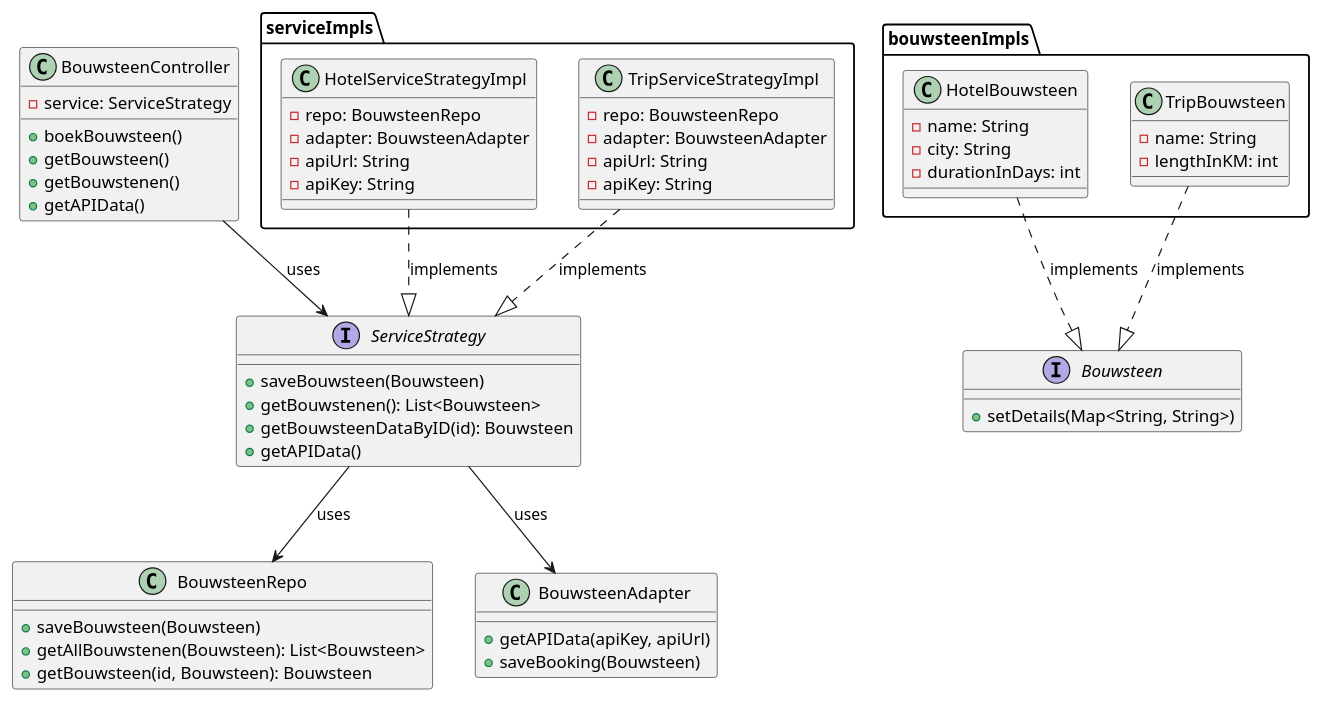
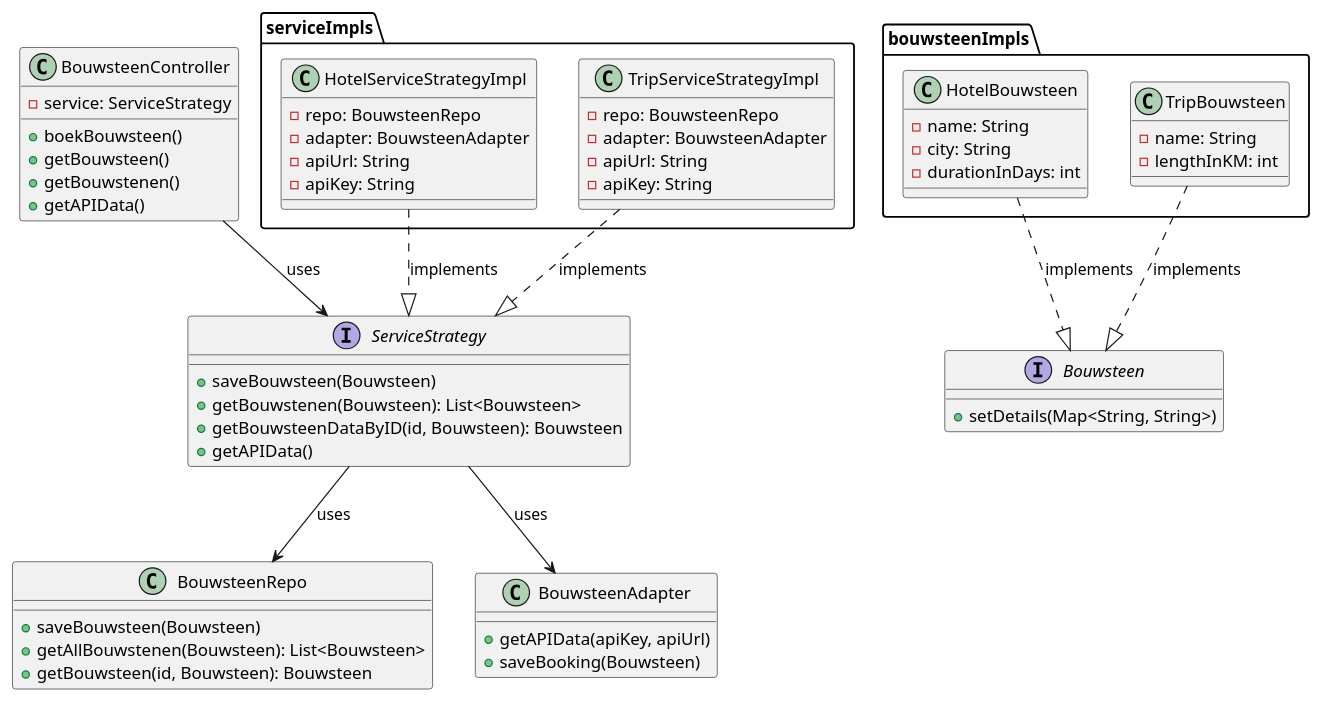
The diagram in Mike/Week3/Les 2 - Class diagram + uitwerken prototype/Class diagram 2.puml (AIM-ENE-feb25/triptop-dravende-dikdiks), drawn with PlantUML before and after one commit. The commit also changed 3 other files, not shown here.

```diff
--- a/Mike/Week3/Les 2 - Class diagram + uitwerken prototype/Class diagram 2.puml
+++ b/Mike/Week3/Les 2 - Class diagram + uitwerken prototype/Class diagram 2.puml
@@ -1,80 +1,80 @@
 @startuml
 
 class BouwsteenController{
     - service: ServiceStrategy
     + boekBouwsteen()
     + getBouwsteen()
     + getBouwstenen()
     + getAPIData()
 }
 
 interface ServiceStrategy{
     + saveBouwsteen(Bouwsteen)
-    + getBouwstenen(): List<Bouwsteen>
-    + getBouwsteenDataByID(id): Bouwsteen
+    + getBouwstenen(Bouwsteen): List<Bouwsteen>
+    + getBouwsteenDataByID(id, Bouwsteen): Bouwsteen
     + getAPIData()
 }
 
 package serviceImpls{
     class HotelServiceStrategyImpl{
         - repo: BouwsteenRepo
         - adapter: BouwsteenAdapter
         - apiUrl: String
         - apiKey: String
     }
     class TripServiceStrategyImpl{
         - repo: BouwsteenRepo
         - adapter: BouwsteenAdapter
         - apiUrl: String
         - apiKey: String
     }
 }
 
 interface Bouwsteen{
     + setDetails(Map<String, String>)
 }
 
 package bouwsteenImpls{
     class HotelBouwsteen{
         - name: String
         - city: String
         - durationInDays: int
     }
     class TripBouwsteen{
         - name: String
         - lengthInKM: int
     }
 }
 
 
 
 
 
 class BouwsteenRepo{
     + saveBouwsteen(Bouwsteen)
     + getAllBouwstenen(Bouwsteen): List<Bouwsteen>
     + getBouwsteen(id, Bouwsteen): Bouwsteen
 }
 class BouwsteenAdapter{
     + getAPIData(apiKey, apiUrl)
     + saveBooking(Bouwsteen)
 }
 
 
 BouwsteenController --> ServiceStrategy : uses
 
 HotelServiceStrategyImpl ..|> ServiceStrategy : implements
 TripServiceStrategyImpl ..|> ServiceStrategy : implements
 HotelBouwsteen ..|> Bouwsteen : implements
 TripBouwsteen ..|> Bouwsteen : implements
 
 ServiceStrategy --> BouwsteenRepo : uses
 ServiceStrategy --> BouwsteenAdapter : uses
 
 
 
 
 
 
 
 @enduml
```
